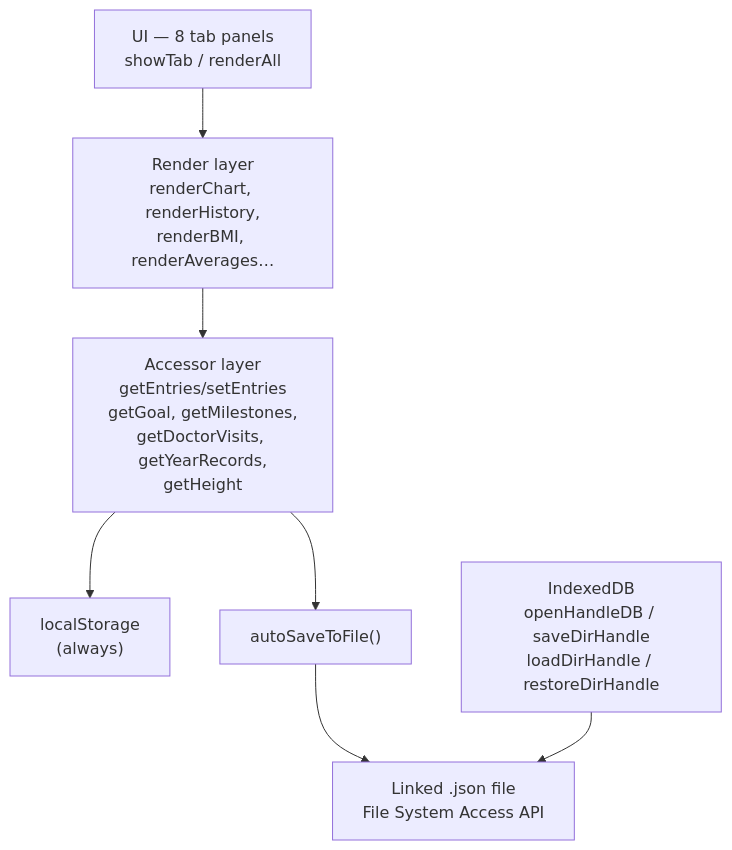
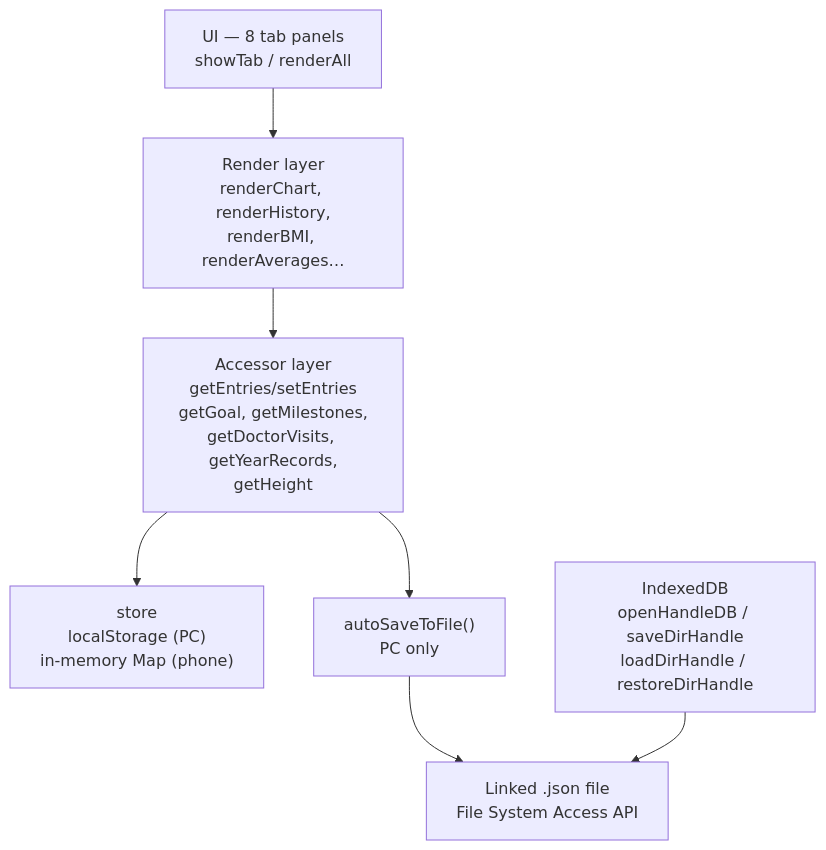
The diagram in Workspace Map.md (vtak007/Weight-Tracker), drawn with Mermaid before and after one commit. The commit also changed other lines of this file and 2 other files, not shown here.

Commit message:
Document phone view; trim Workspace Map to avoid duplication

````diff
--- a/Workspace Map.md
+++ b/Workspace Map.md
@@ -71,9 +50,9 @@
 ```mermaid
 flowchart TD
   A["UI — 8 tab panels<br/>showTab / renderAll"] --> B["Render layer<br/>renderChart, renderHistory,<br/>renderBMI, renderAverages…"]
   B --> C["Accessor layer<br/>getEntries/setEntries<br/>getGoal, getMilestones,<br/>getDoctorVisits, getYearRecords,<br/>getHeight"]
-  C --> D["localStorage<br/>(always)"]
-  C --> E["autoSaveToFile()"]
+  C --> D["store<br/>localStorage (PC)<br/>in-memory Map (phone)"]
+  C --> E["autoSaveToFile()<br/>PC only"]
   E --> F["Linked .json file<br/>File System Access API"]
   G["IndexedDB<br/>openHandleDB / saveDirHandle<br/>loadDirHandle / restoreDirHandle"] --> F
 ```
````
